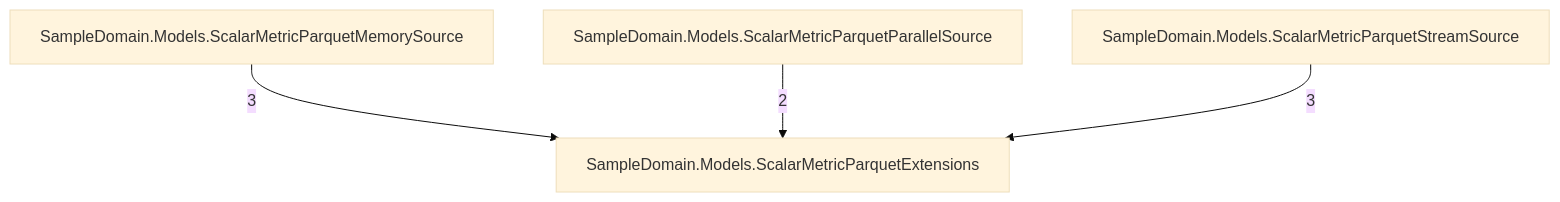
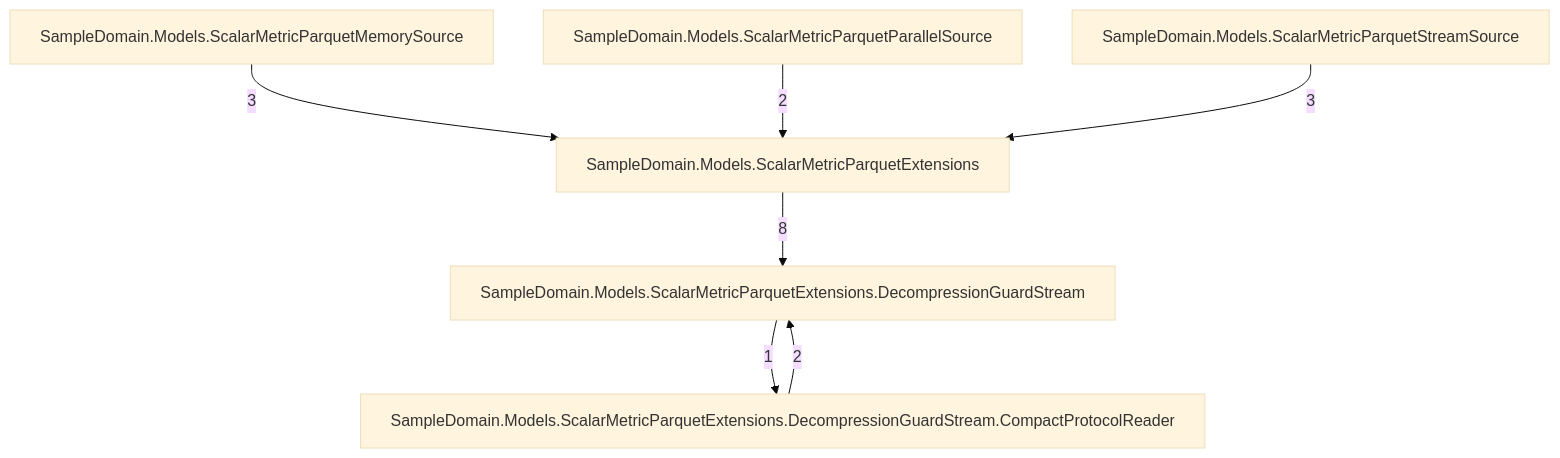
One commit to rtkelly13/Parquet.SourceGenerator changed the sixth of 7 diagrams in docs/callgraph-generated.md. Above: the diagram before and after it, drawn with Mermaid (base theme). The commit also changed other lines of this file and 32 other files, not shown here.

````diff
--- a/docs/callgraph-generated.md
+++ b/docs/callgraph-generated.md
@@ -73,10 +98,15 @@
 ```mermaid
 graph TD
     tsampledomainmodelsscalarmetricparquetextensions_049["SampleDomain.Models.ScalarMetricParquetExtensions"]
+    tsampledomainmodelsscalarmetricparquetextensionsdecompressionguardstream_074["SampleDomain.Models.ScalarMetricParquetExtensions.DecompressionGuardStream"]
+    tsampledomainmodelsscalarmetricparquetextensionsdecompressionguardstreamcompactprotocolreader_096["SampleDomain.Models.ScalarMetricParquetExtensions.DecompressionGuardStream.CompactProtocolReader"]
     tsampledomainmodelsscalarmetricparquetmemorysource_051["SampleDomain.Models.ScalarMetricParquetMemorySource"]
     tsampledomainmodelsscalarmetricparquetparallelsource_053["SampleDomain.Models.ScalarMetricParquetParallelSource"]
     tsampledomainmodelsscalarmetricparquetstreamsource_051["SampleDomain.Models.ScalarMetricParquetStreamSource"]
+    tsampledomainmodelsscalarmetricparquetextensionsdecompressionguardstreamcompactprotocolreader_096 -->|2| tsampledomainmodelsscalarmetricparquetextensionsdecompressionguardstream_074
+    tsampledomainmodelsscalarmetricparquetextensionsdecompressionguardstream_074 -->|1| tsampledomainmodelsscalarmetricparquetextensionsdecompressionguardstreamcompactprotocolreader_096
+    tsampledomainmodelsscalarmetricparquetextensions_049 -->|8| tsampledomainmodelsscalarmetricparquetextensionsdecompressionguardstream_074
     tsampledomainmodelsscalarmetricparquetmemorysource_051 -->|3| tsampledomainmodelsscalarmetricparquetextensions_049
     tsampledomainmodelsscalarmetricparquetparallelsource_053 -->|2| tsampledomainmodelsscalarmetricparquetextensions_049
     tsampledomainmodelsscalarmetricparquetstreamsource_051 -->|3| tsampledomainmodelsscalarmetricparquetextensions_049
 ```
````
